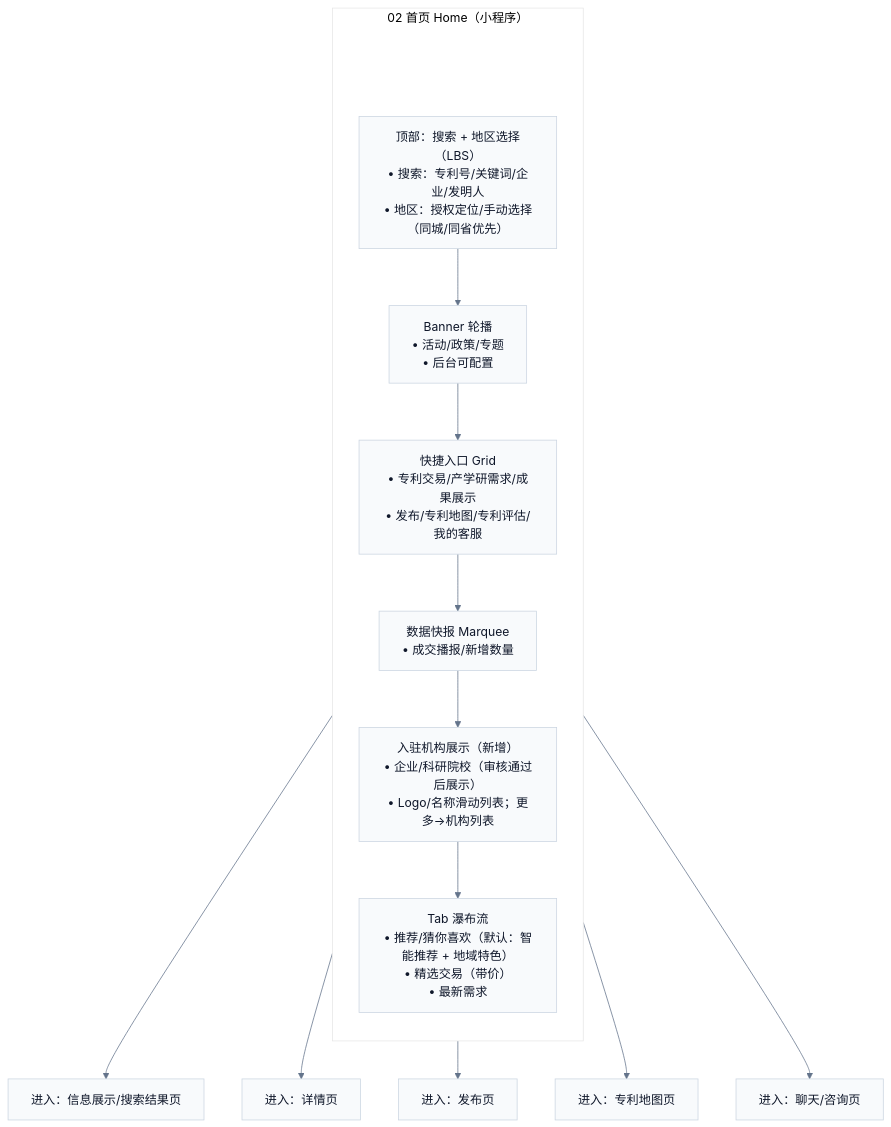
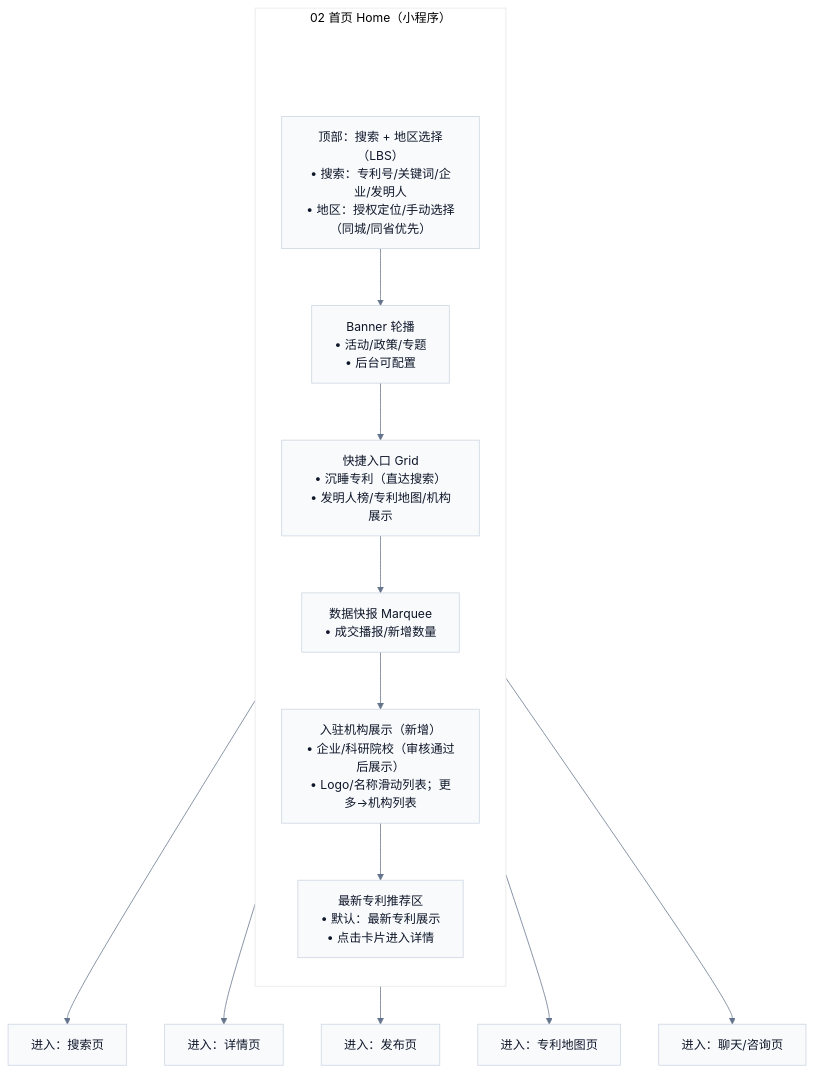
One commit to Ming-1984/Ipmoney changed the diagram in docs/demo/pages/miniapp/02-home.mmd. Above: the diagram before and after it, drawn with Mermaid. The commit also changed 190 other files, not shown here.

```diff
--- a/docs/demo/pages/miniapp/02-home.mmd
+++ b/docs/demo/pages/miniapp/02-home.mmd
@@ -1,29 +1,29 @@
 %%{init: {'theme':'base','flowchart': {'htmlLabels': true},'themeVariables': {'fontFamily': 'Inter, Microsoft YaHei, sans-serif','lineColor':'#64748B','primaryTextColor':'#0F172A','primaryBorderColor':'#CBD5E1','primaryColor':'#F8FAFC'}}}%%
 flowchart TB
   subgraph P["02 首页 Home（小程序）"]
     direction TB
     Pad[" "]:::pad
     TopBar["顶部：搜索 + 地区选择（LBS）<br/>• 搜索：专利号/关键词/企业/发明人<br/>• 地区：授权定位/手动选择（同城/同省优先）"]
     Banner["Banner 轮播<br/>• 活动/政策/专题<br/>• 后台可配置"]
-    Grid["快捷入口 Grid<br/>• 专利交易/产学研需求/成果展示<br/>• 发布/专利地图/专利评估/我的客服"]
+    Grid["快捷入口 Grid<br/>• 沉睡专利（直达搜索）<br/>• 发明人榜/专利地图/机构展示"]
     Marquee["数据快报 Marquee<br/>• 成交播报/新增数量"]
     Orgs["入驻机构展示（新增）<br/>• 企业/科研院校（审核通过后展示）<br/>• Logo/名称滑动列表；更多→机构列表"]
-    Tabs["Tab 瀑布流<br/>• 推荐/猜你喜欢（默认：智能推荐 + 地域特色）<br/>• 精选交易（带价）<br/>• 最新需求"]
+    Tabs["最新专利推荐区<br/>• 默认：最新专利展示<br/>• 点击卡片进入详情"]
     Pad --> TopBar
     TopBar --> Banner --> Grid --> Marquee --> Orgs --> Tabs
   end
 
-  SearchResult["进入：信息展示/搜索结果页"]
+  SearchResult["进入：搜索页"]
   Detail["进入：详情页"]
   Publish["进入：发布页"]
   Map["进入：专利地图页"]
   CS["进入：聊天/咨询页"]
 
   TopBar --> SearchResult
   Tabs --> Detail
   Grid --> Publish
   Grid --> Map
   Grid --> CS
 
   classDef pad fill:transparent,stroke:transparent,color:transparent;
   linkStyle 0 stroke:transparent,fill:transparent;
```
